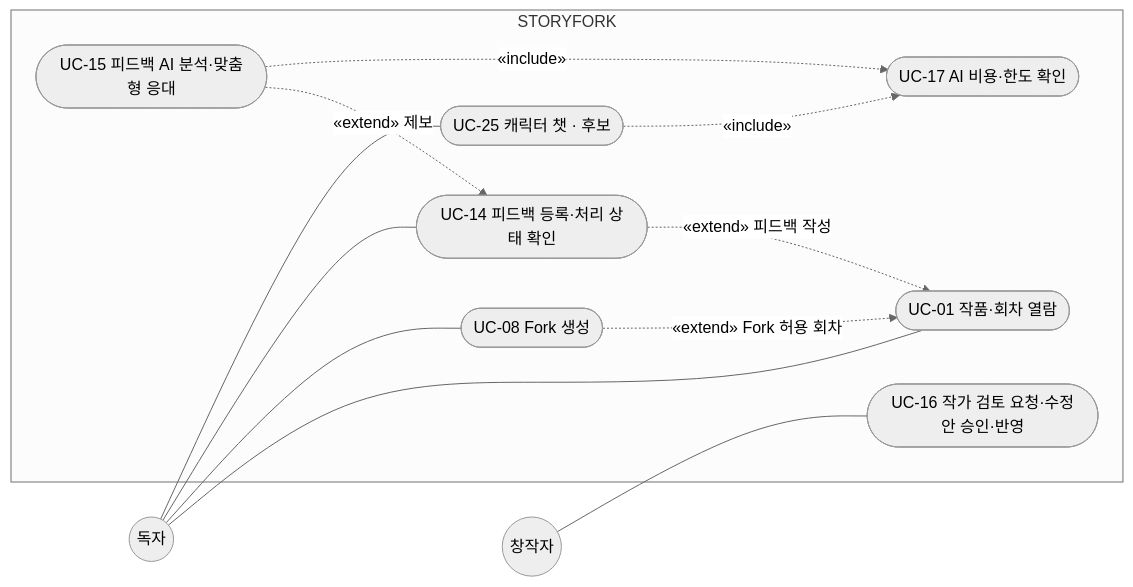
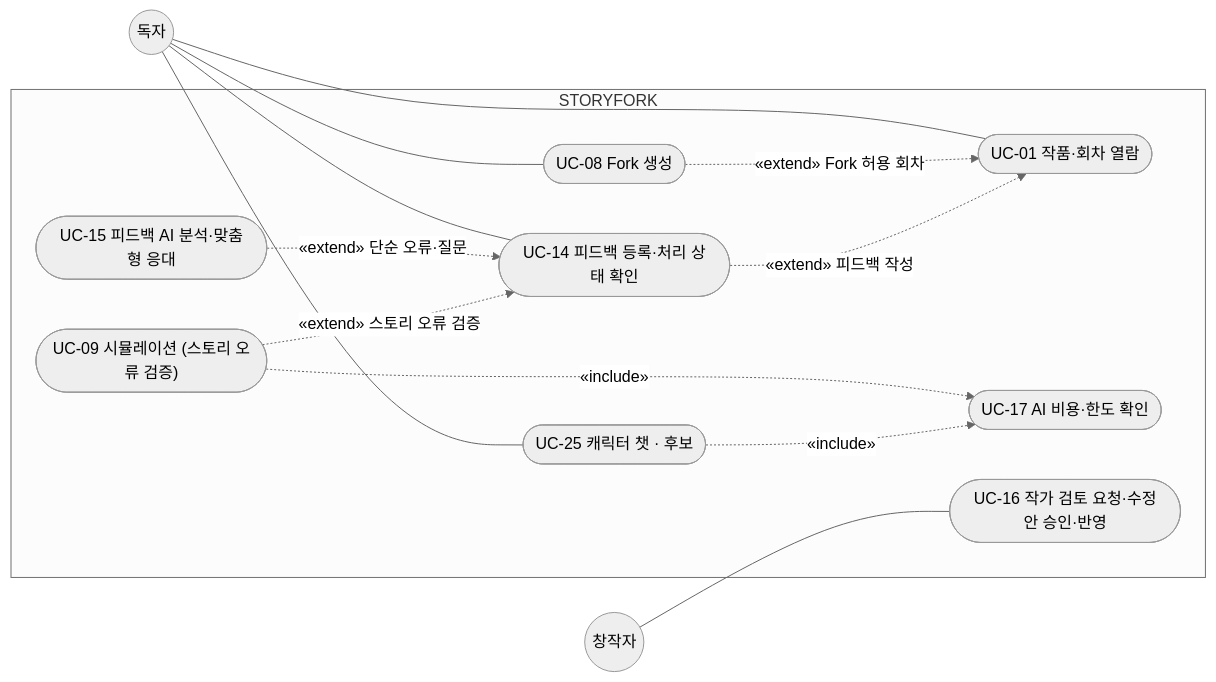
The sixth of 9 diagrams in docs/usecase.md (SKNETWORKS-FAMILY-AICAMP/SKN34-FINAL-4TEAM), drawn with Mermaid (neutral theme) before and after one commit. The commit also changed other lines of this file and 11 other files, not shown here.

````diff
--- a/docs/usecase.md
+++ b/docs/usecase.md
@@ -314,24 +317,26 @@
 ```mermaid
 flowchart LR
   R(("독자"))
   C(("창작자"))
   subgraph SYS["STORYFORK"]
     U01(["UC-01 작품·회차 열람"])
     U08(["UC-08 Fork 생성"])
     U14(["UC-14 피드백 등록·처리 상태 확인"])
     U15(["UC-15 피드백 AI 분석·맞춤형 응대"])
+    U09(["UC-09 시뮬레이션 (스토리 오류 검증)"])
     U17(["UC-17 AI 비용·한도 확인"])
     U16(["UC-16 작가 검토 요청·수정안 승인·반영"])
     U25(["UC-25 캐릭터 챗 · 후보"])
   end
   R --- U01
   R --- U08
   R --- U14
   R --- U25
   C --- U16
   U08 -.->|"«extend» Fork 허용 회차"| U01
   U14 -.->|"«extend» 피드백 작성"| U01
-  U15 -.->|"«extend» 제보"| U14
-  U15 -.->|"«include»"| U17
+  U15 -.->|"«extend» 단순 오류·질문"| U14
+  U09 -.->|"«extend» 스토리 오류 검증"| U14
+  U09 -.->|"«include»"| U17
   U25 -.->|"«include»"| U17
 ```
````
